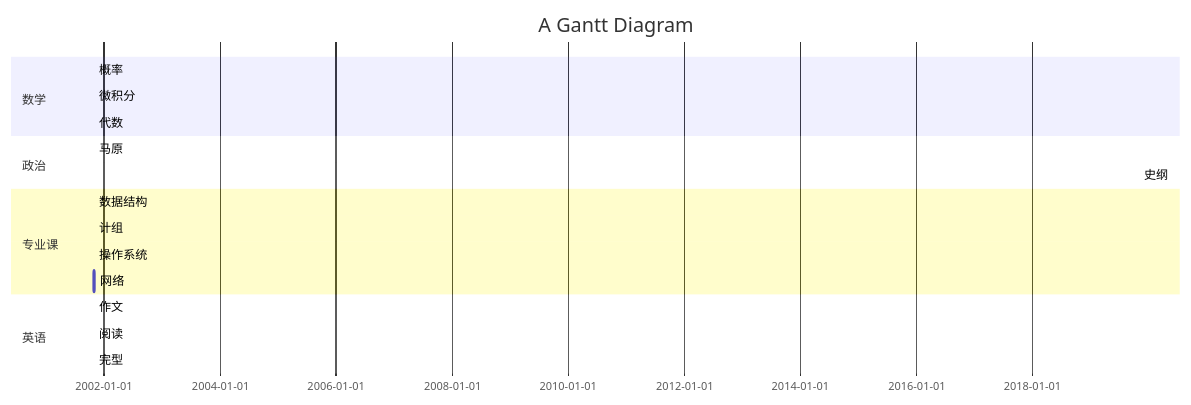
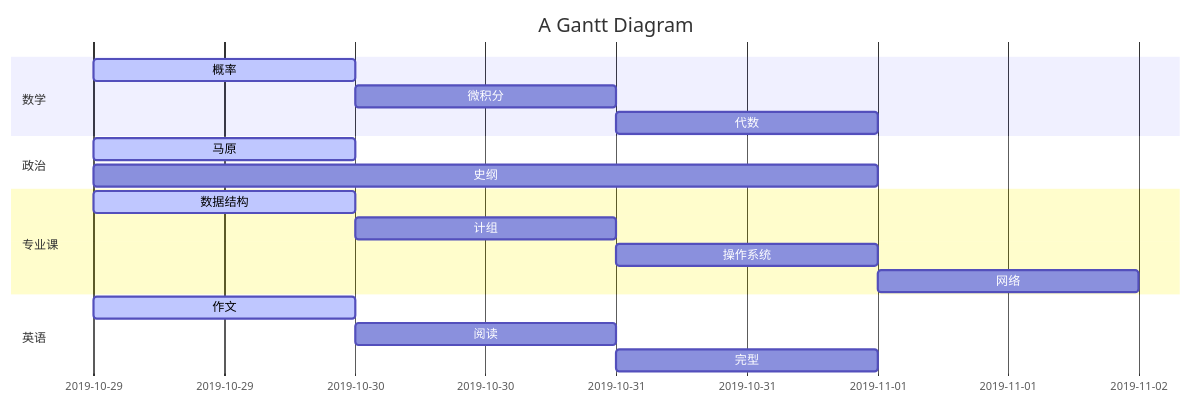
One commit to ZhangMingShuo/ZhangMingShuo.github.io changed the diagram in plan.md. Above: the diagram before and after it, drawn with Mermaid.

````diff
--- a/plan.md
+++ b/plan.md
@@ -2,21 +2,21 @@
 ```mermaid,autorun
   gantt
     title A Gantt Diagram
-    dateFormat  YYYY-MM-DD
+    dateFormat  MM-DD
     section 数学
     概率:active,m1,10-29,1d
     微积分:m2,after m1,1d
     代数:m3,after m2,1d
     section 政治
     马原           :active,a1, 10-29, 1d
     史纲     :a2, 2019-10-29  , 3d
     section 专业课
     数据结构      :active,c1,10-29 , 1d
     计组      :c2,after c1  , 1d
     操作系统: c3,after c2,1d
     网络 :c4,after c3,1d
     section 英语
     作文:active,e1,10-29,1d
     阅读:e2,after e1,1d
     完型:e3,after e2,1d
 ```
````
